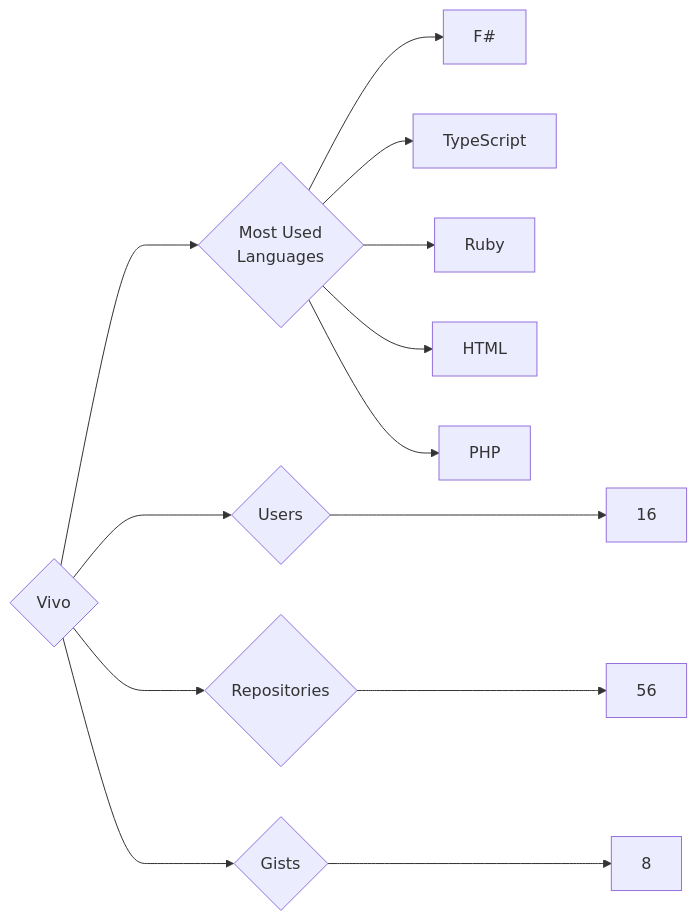
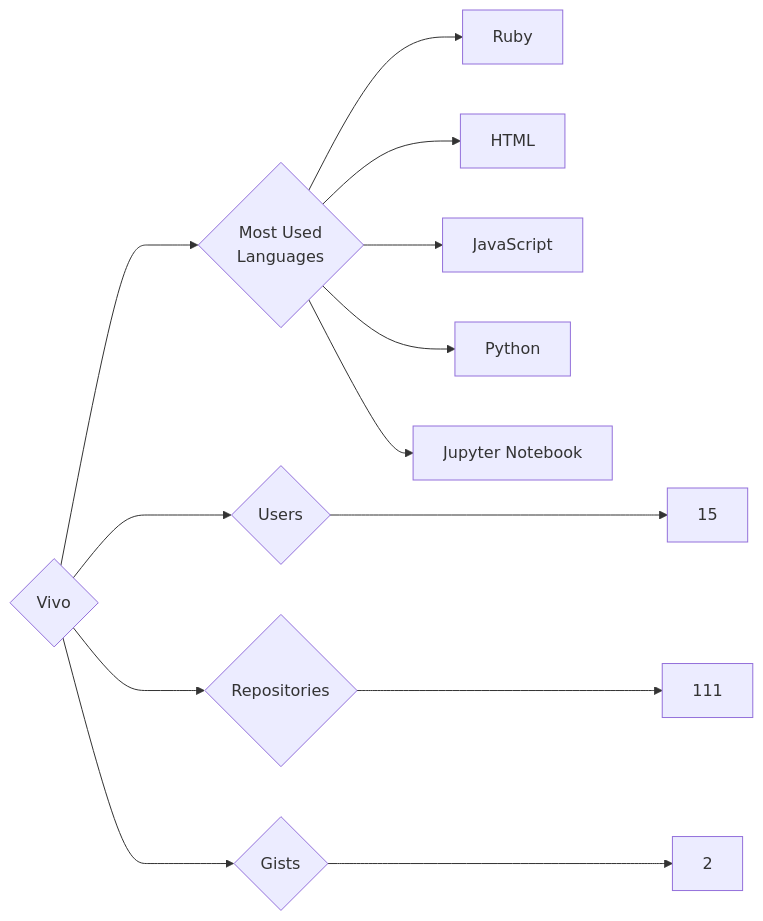
Before and after one commit to trickest/insiders: the diagram in targets/Vivo/README.md, drawn with Mermaid. The commit also changed 953 other files, not shown here.

````diff
--- a/targets/Vivo/README.md
+++ b/targets/Vivo/README.md
@@ -3,13 +3,13 @@
 ```mermaid
 graph LR
 COMPANY_NAME{Vivo}
-COMPANY_NAME ---> U{Users} ---> UN[16]
-COMPANY_NAME ---> R{Repositories} ---> RN[56]
-COMPANY_NAME ---> G{Gists} ---> GN[8]
+COMPANY_NAME ---> U{Users} ---> UN[15]
+COMPANY_NAME ---> R{Repositories} ---> RN[111]
+COMPANY_NAME ---> G{Gists} ---> GN[2]
 COMPANY_NAME ---> ML{Most Used<br>Languages}
-ML --> F#[F#]
-ML --> TypeScript[TypeScript]
 ML --> Ruby[Ruby]
 ML --> HTML[HTML]
-ML --> PHP[PHP]
+ML --> JavaScript[JavaScript]
+ML --> Python[Python]
+ML --> Jupyter_Notebook[Jupyter Notebook]
 ```
````
